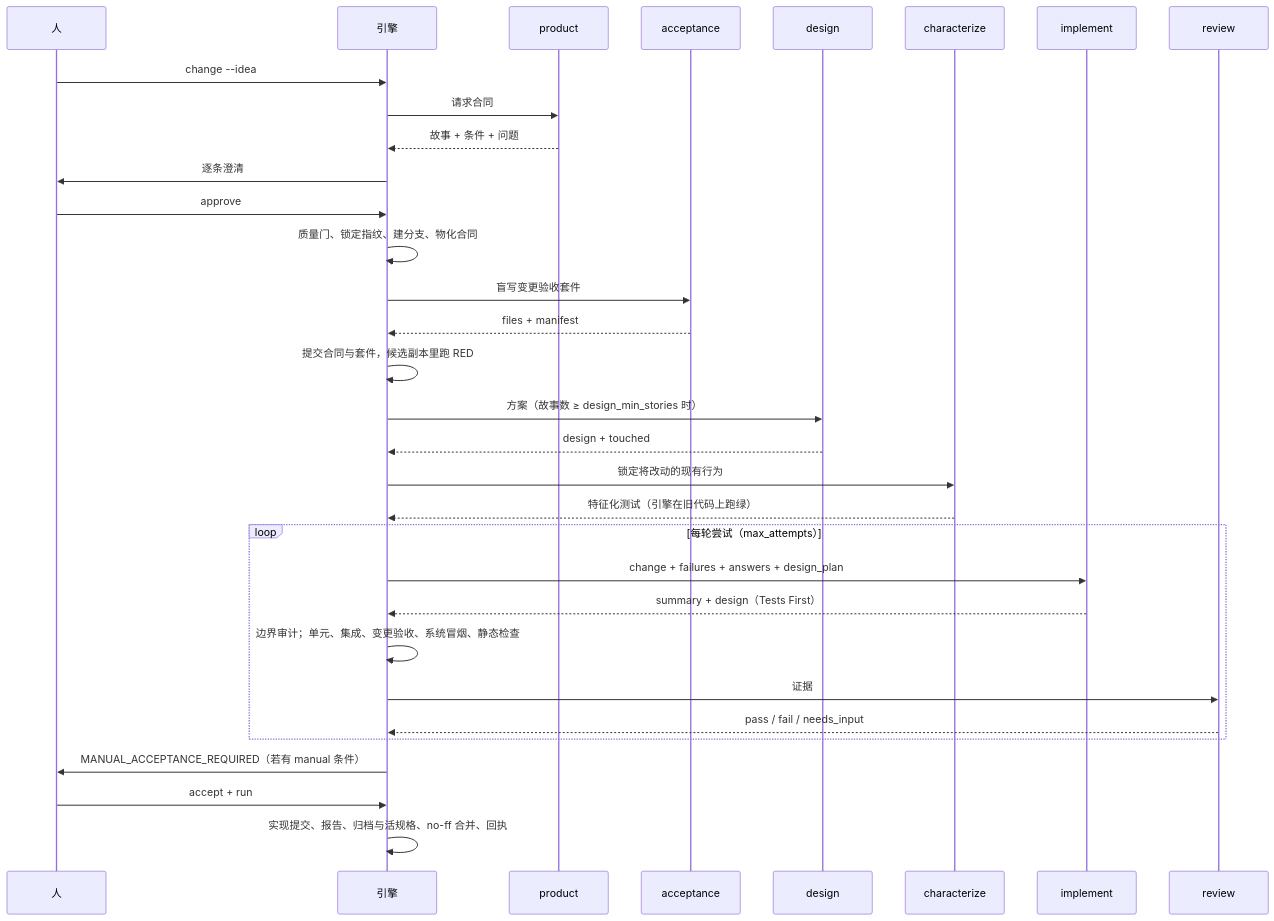
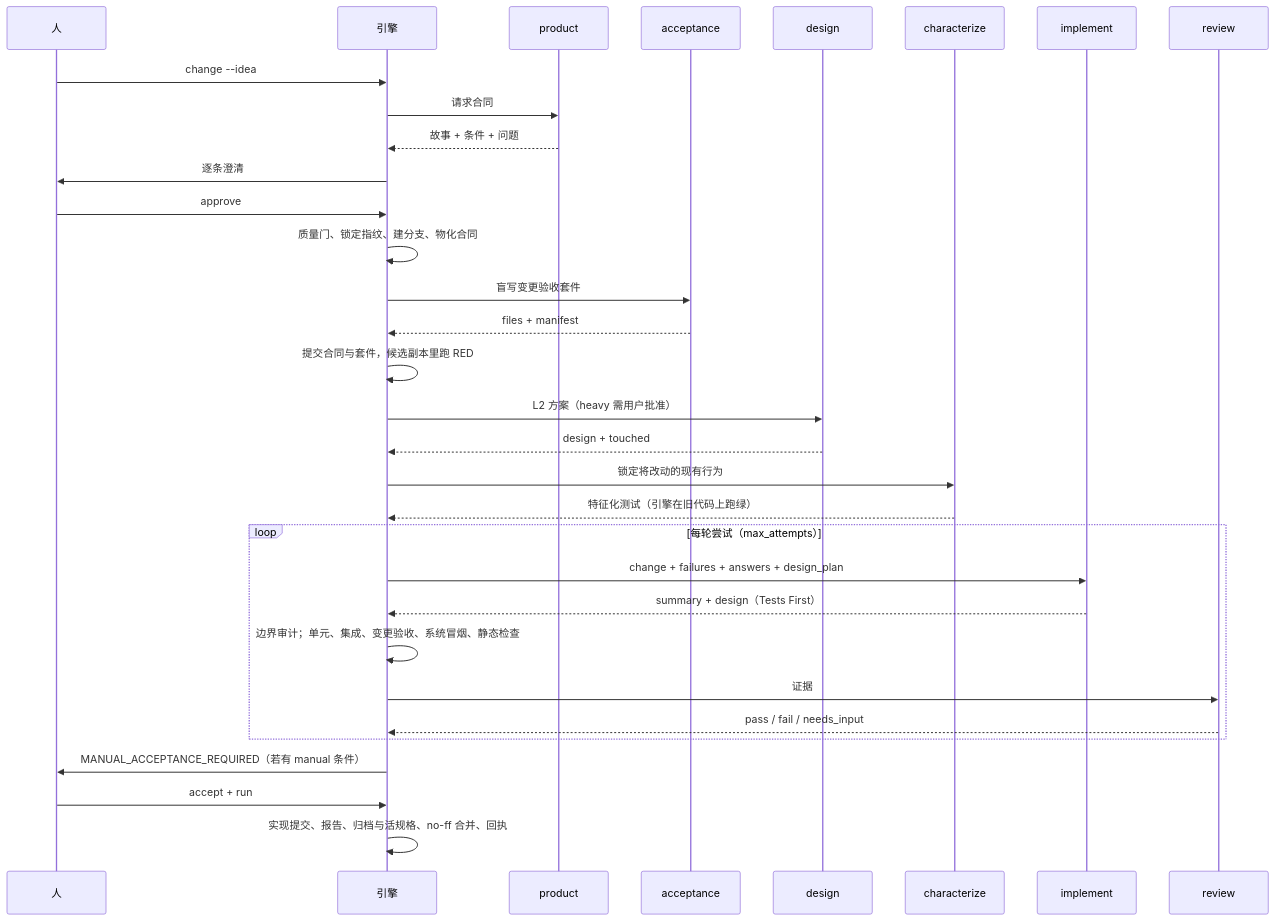
One commit to jinlin725168-ai/storyloop changed the diagram in docs/concepts.md. Above: the diagram before and after it, drawn with Mermaid. The commit also changed other lines of this file and 13 other files, not shown here.

````diff
--- a/docs/concepts.md
+++ b/docs/concepts.md
@@ -114,34 +114,34 @@
 ```mermaid
 sequenceDiagram
     participant U as 人
     participant E as 引擎
     participant P as product
     participant S as acceptance
     participant D as design
     participant C as characterize
     participant I as implement
     participant R as review
     U->>E: change --idea
     E->>P: 请求合同
     P-->>E: 故事 + 条件 + 问题
     E->>U: 逐条澄清
     U->>E: approve
     E->>E: 质量门、锁定指纹、建分支、物化合同
     E->>S: 盲写变更验收套件
     S-->>E: files + manifest
     E->>E: 提交合同与套件，候选副本里跑 RED
-    E->>D: 方案（故事数 ≥ design_min_stories 时）
+    E->>D: L2 方案（heavy 需用户批准）
     D-->>E: design + touched
     E->>C: 锁定将改动的现有行为
     C-->>E: 特征化测试（引擎在旧代码上跑绿）
     loop 每轮尝试（max_attempts）
         E->>I: change + failures + answers + design_plan
         I-->>E: summary + design（Tests First）
         E->>E: 边界审计；单元、集成、变更验收、系统冒烟、静态检查
         E->>R: 证据
         R-->>E: pass / fail / needs_input
     end
     E->>U: MANUAL_ACCEPTANCE_REQUIRED（若有 manual 条件）
     U->>E: accept + run
     E->>E: 实现提交、报告、归档与活规格、no-ff 合并、回执
 ```
````
